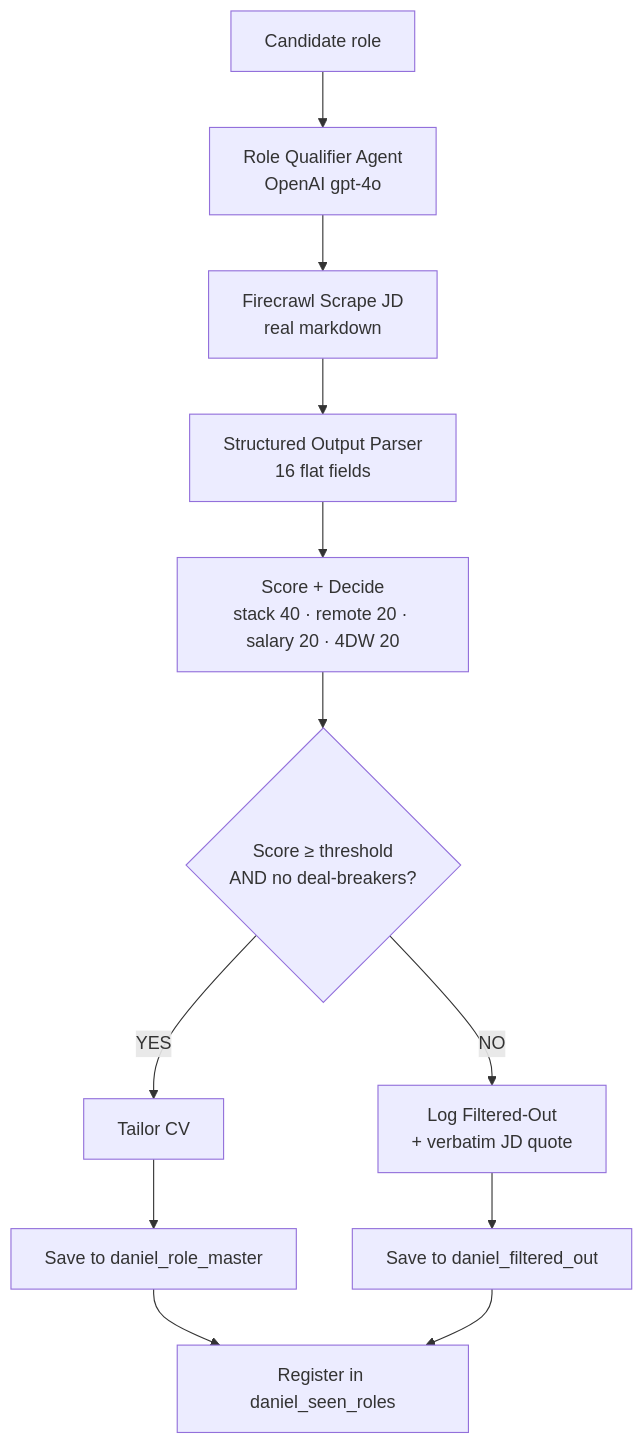
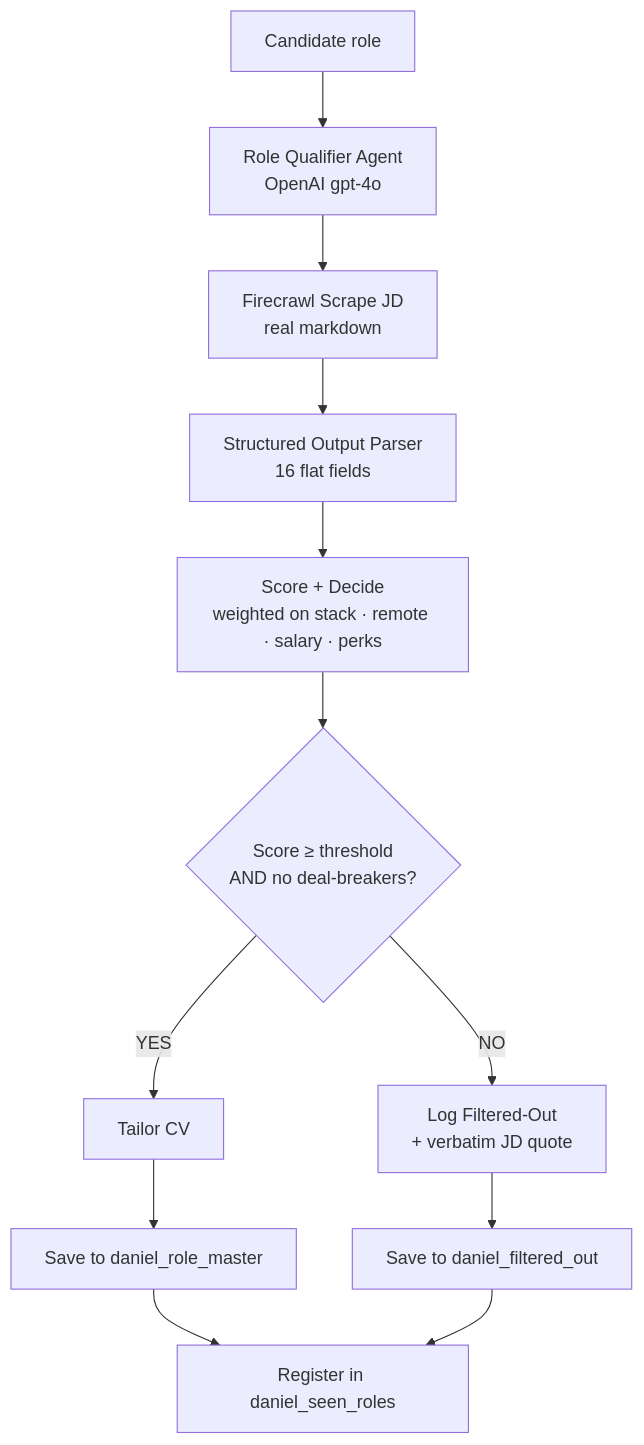
One commit to Vaughnai2023/n8n-community-challenge---Case-2-Daniel-Job-Scout changed the third of 4 diagrams in README.md. Above: the diagram before and after it, drawn with Mermaid. The commit also changed other lines of this file and 2 other files, not shown here.

````diff
--- a/README.md
+++ b/README.md
@@ -123,14 +124,14 @@
 ```mermaid
 flowchart TD
     A[Candidate role] --> B[Role Qualifier Agent<br/>OpenAI gpt-4o]
     B --> C[Firecrawl Scrape JD<br/>real markdown]
     C --> D[Structured Output Parser<br/>16 flat fields]
-    D --> E[Score + Decide<br/>stack 40 · remote 20 · salary 20 · 4DW 20]
+    D --> E[Score + Decide<br/>weighted on stack · remote · salary · perks]
     E --> F{Score ≥ threshold<br/>AND no deal-breakers?}
     F -->|YES| G[Tailor CV]
     F -->|NO| H[Log Filtered-Out<br/>+ verbatim JD quote]
     G --> I[Save to daniel_role_master]
     H --> J[Save to daniel_filtered_out]
     I --> K[Register in daniel_seen_roles]
     J --> K
 ```
````
